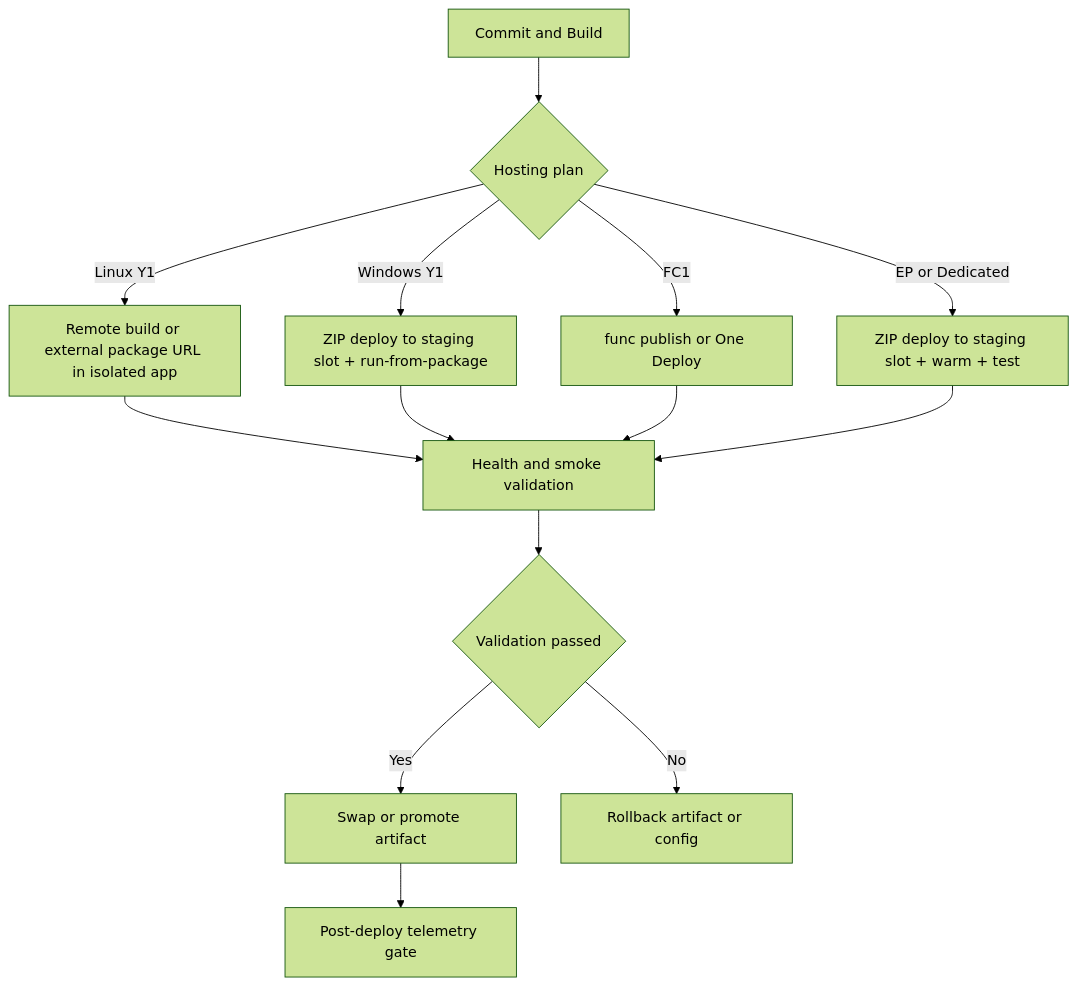
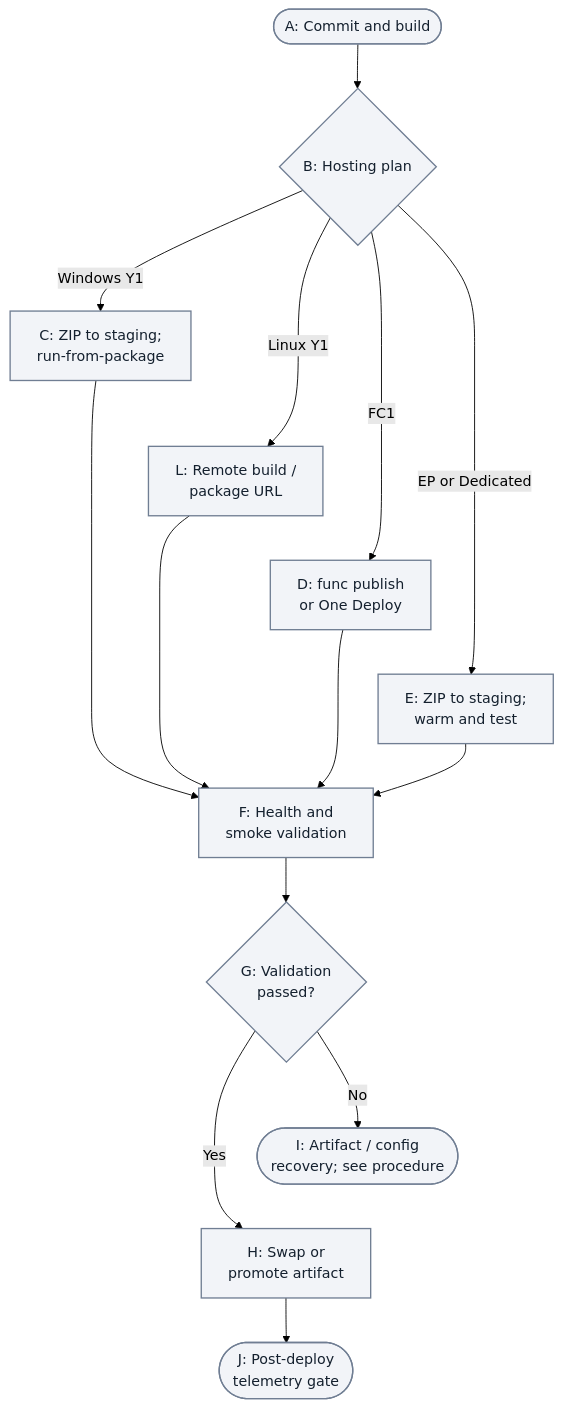
One commit to yeongseon/azure-functions-practical-guide changed the third of 3 diagrams in docs/best-practices/deployment.md. Above: the diagram before and after it, drawn with Mermaid (forest theme). The commit also changed other lines of this file and 1 other file, not shown here.

First line of the commit message:
docs(diagrams): migrate Functions best-practices deployment.md diagrams — deployment (#460)

````diff
--- a/docs/best-practices/deployment.md
+++ b/docs/best-practices/deployment.md
@@ -358,16 +420,25 @@
 ```mermaid
 flowchart TD
-    A[Commit and Build] --> B{Hosting plan}
-    B -->|Windows Y1| C[ZIP deploy to staging slot + run-from-package]
-    B -->|Linux Y1| L[Remote build or external package URL in isolated app]
+    accTitle: Plan-specific deployment and validation
+    accDescr: Illustrative package deployment choices for Windows Consumption, Linux Consumption, Flex Consumption, Premium and Dedicated. Four plan branches converge on health and smoke validation. Yes leads to swap or artifact promotion and a telemetry gate; No leads to the scoped recovery procedure, not an unconditional configuration restore. Letter keys below retain the full step wording.
+    A(["A: Commit and build"]) --> B{"B: Hosting plan"}
+    B -->|Windows Y1| C["C: ZIP to staging;<br/>run-from-package"]
+    B -->|Linux Y1| L["L: Remote build /<br/>package URL"]
     L --> F
-    B -->|FC1| D[func publish or One Deploy]
-    B -->|EP or Dedicated| E[ZIP deploy to staging slot + warm + test]
-    C --> F[Health and smoke validation]
+    B -->|FC1| D["D: func publish<br/>or One Deploy"]
+    B -->|EP or Dedicated| E["E: ZIP to staging;<br/>warm and test"]
+    C --> F["F: Health and<br/>smoke validation"]
     D --> F
     E --> F
-    F --> G{Validation passed}
-    G -->|Yes| H[Swap or promote artifact]
-    G -->|No| I[Rollback artifact or config]
-    H --> J[Post-deploy telemetry gate]
+    F --> G{"G: Validation<br/>passed?"}
+    G -->|Yes| H["H: Swap or<br/>promote artifact"]
+    G -->|No| I(["I: Artifact / config<br/>recovery; see procedure"])
+    H --> J(["J: Post-deploy<br/>telemetry gate"])
+    %% Layout-only links tier plan branches; they add no deployment steps or arrows.
+    C ~~~ L
+    L ~~~ D
+    D ~~~ E
+    I ~~~ H
+    classDef neutral fill:#f2f4f8,stroke:#707e93,stroke-width:1.5px,color:#14202e;
+    class A,B,C,L,D,E,F,G,H,I,J neutral;
 ```
````
